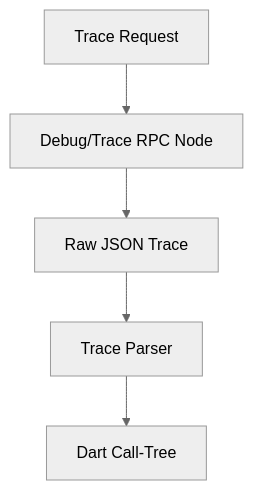
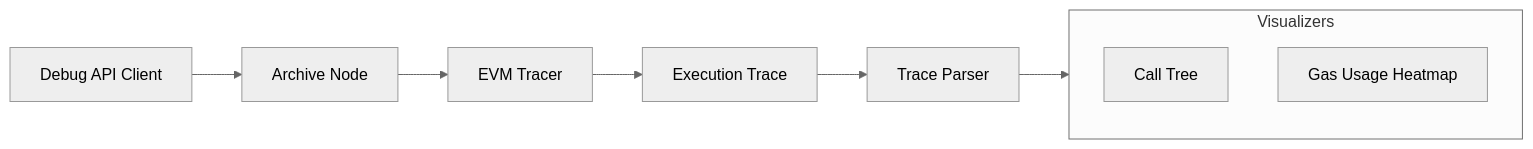
Before and after one commit to ImL1s/dart_web3: the diagram in dart_web3/packages/debug/README.md, drawn with Mermaid (neutral theme). The commit also changed other lines of this file and 31 other files, not shown here.

````diff
--- a/dart_web3/packages/debug/README.md
+++ b/dart_web3/packages/debug/README.md
@@ -14,7 +17,14 @@
 ```mermaid
-graph TD
-    Request[Trace Request] --> RPC[Debug/Trace RPC Node]
-    RPC --> RawTrace[Raw JSON Trace]
-    RawTrace --> Parser[Trace Parser]
-    Parser --> Visualization[Dart Call-Tree]
+graph LR
+    API[Debug API Client] --> Node[Archive Node]
+    Node --> Tracer[EVM Tracer]
+    Tracer --> JSON[Execution Trace]
+    JSON --> Parser[Trace Parser]
+    
+    subgraph Analysis [Visualizers]
+        CallGraph[Call Tree]
+        GasMap[Gas Usage Heatmap]
+    end
+    
+    Parser --> Analysis
 ```
````
